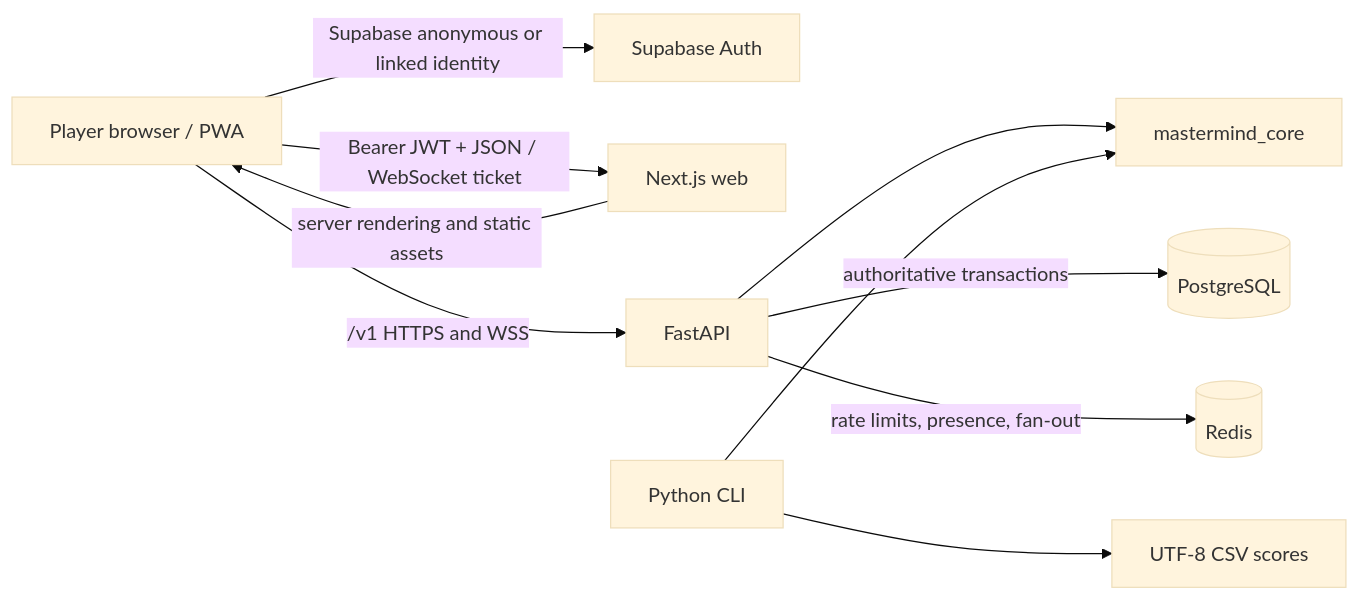
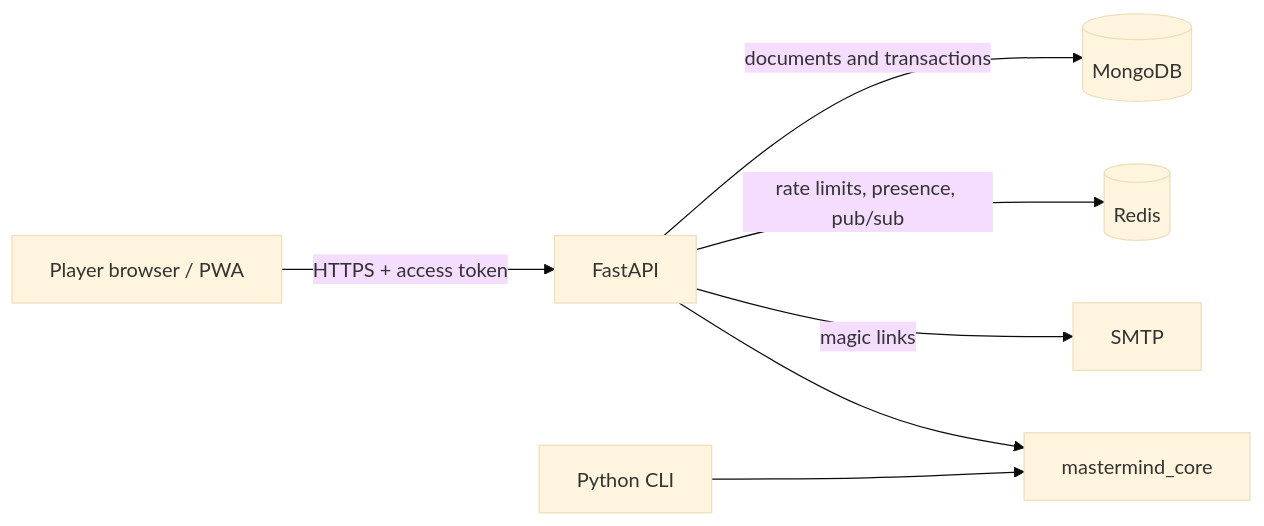
Before and after one commit to therealcustomtea/ICT-SBA: the diagram in docs/architecture/SYSTEM_OVERVIEW.md, drawn with Mermaid (base theme). The commit also changed other lines of this file and 24 other files, not shown here.

````diff
--- a/docs/architecture/SYSTEM_OVERVIEW.md
+++ b/docs/architecture/SYSTEM_OVERVIEW.md
@@ -5,12 +3,9 @@
 ```mermaid
 flowchart LR
-    P["Player browser / PWA"] -->|"Supabase anonymous or linked identity"| A["Supabase Auth"]
-    P -->|"Bearer JWT + JSON / WebSocket ticket"| W["Next.js web"]
-    P -->|"/v1 HTTPS and WSS"| F["FastAPI"]
-    W -->|"server rendering and static assets"| P
-    F --> C["mastermind_core"]
-    F -->|"authoritative transactions"| D[("PostgreSQL")]
-    F -->|"rate limits, presence, fan-out"| R[("Redis")]
-    L["Python CLI"] --> C
-    L --> CSV["UTF-8 CSV scores"]
+    P[Player browser / PWA] -->|HTTPS + access token| F[FastAPI]
+    F -->|documents and transactions| D[(MongoDB)]
+    F -->|rate limits, presence, pub/sub| R[(Redis)]
+    F -->|magic links| M[SMTP]
+    F --> C[mastermind_core]
+    CLI[Python CLI] --> C
 ```
````
